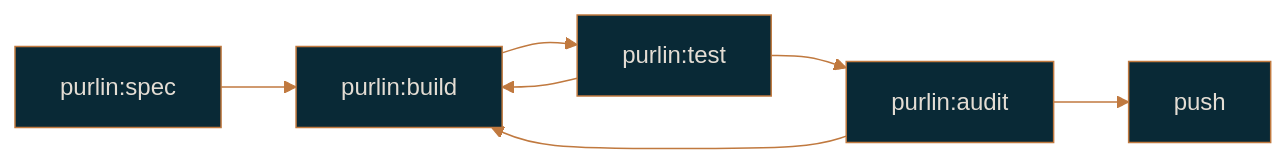
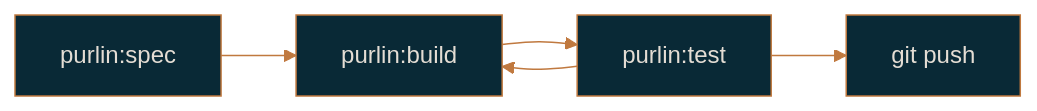
The diagram in docs/getting-started.md (rlabarca/purlin), drawn with Mermaid before and after one commit. The commit also changed other lines of this file and 9 other files, not shown here.

First line of the commit message:
docs: the passed workflow is spec, build, test

````diff
--- a/docs/getting-started.md
+++ b/docs/getting-started.md
@@ -151,10 +148,8 @@
 ```mermaid
 %%{init: {"theme": "base", "themeVariables": {"background": "#0C3444", "primaryColor": "#092936", "primaryTextColor": "#E4DDD4", "primaryBorderColor": "#C0793F", "lineColor": "#C0793F", "secondaryColor": "#0C3444", "tertiaryColor": "#092936", "fontFamily": "Arial", "textColor": "#E4DDD4"}}}%%
 flowchart LR
   spec["purlin:spec"] --> build["purlin:build"]
   build --> test["purlin:test"]
   test --> build
-  test --> audit["purlin:audit"]
-  audit --> push["push"]
-  audit --> build
+  test --> push["git push"]
 ```
````
